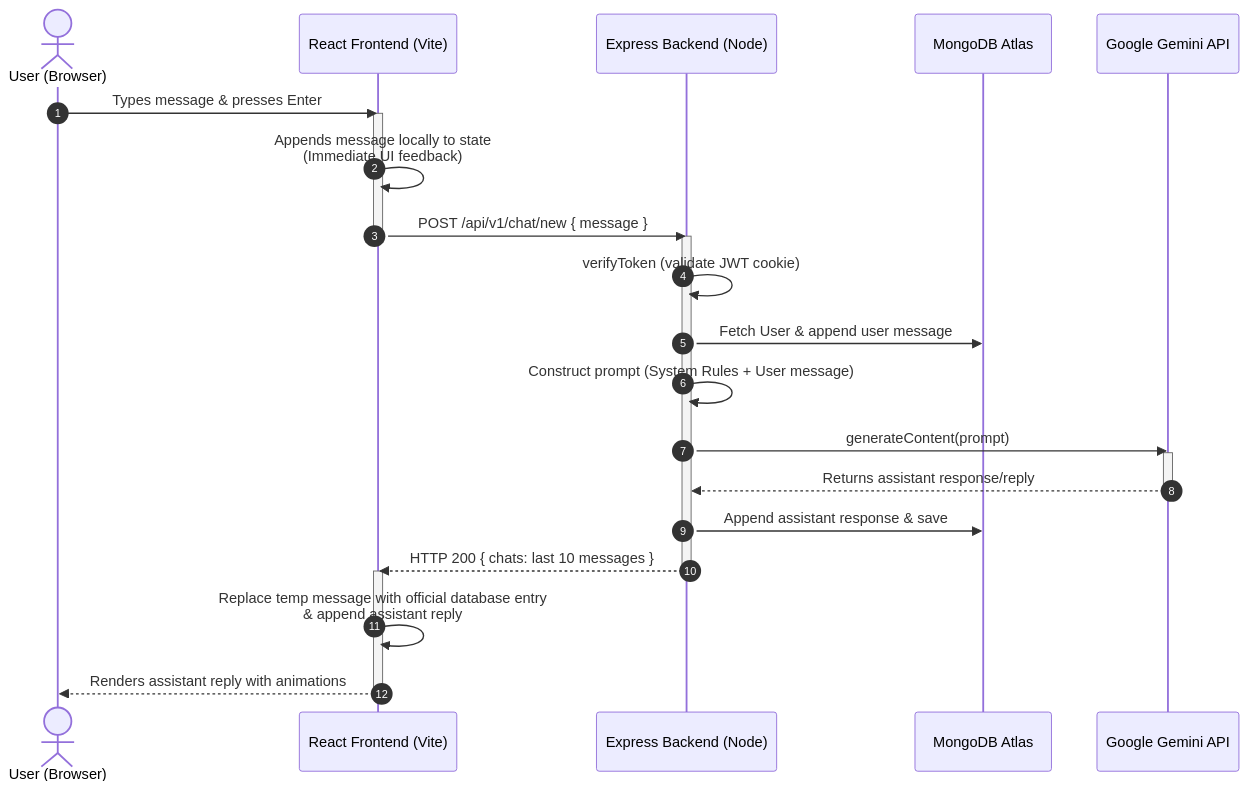
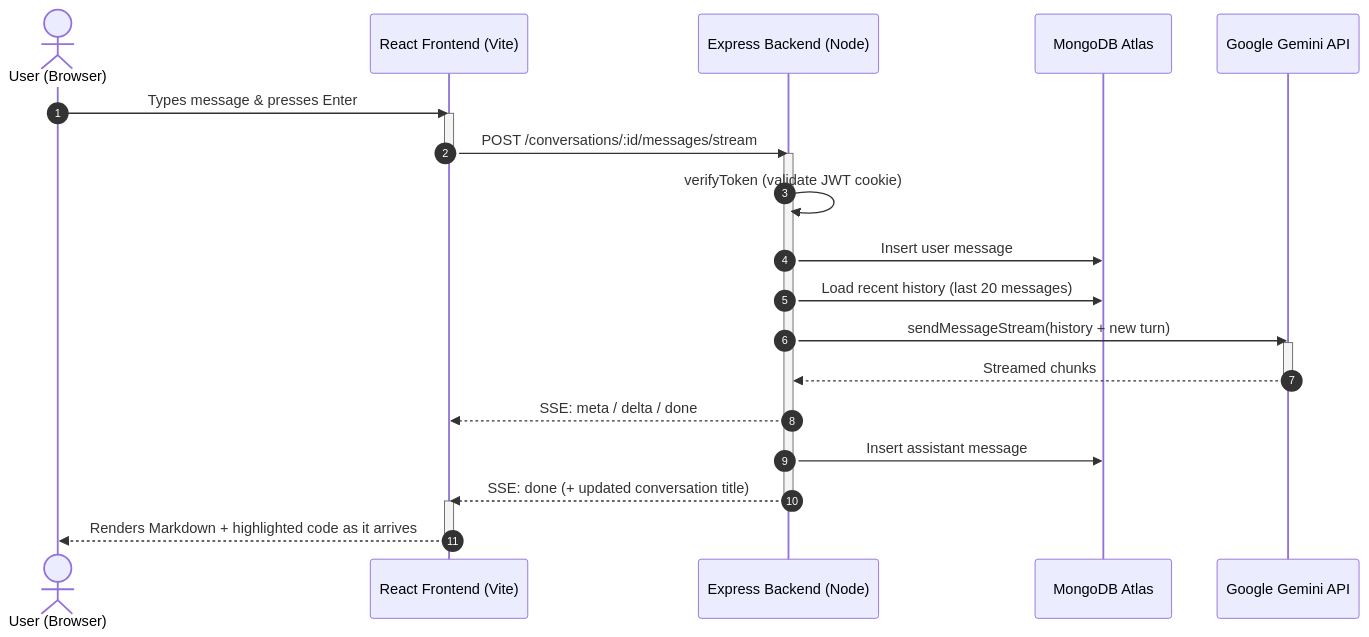
One commit to ayushkhandelwal18/ai_buddy_chatbot changed the diagram in Readme.md. Above: the diagram before and after it, drawn with Mermaid. The commit also changed other lines of this file and 76 other files, not shown here.

````diff
--- a/Readme.md
+++ b/Readme.md
@@ -142,30 +238,29 @@
 ```mermaid
 sequenceDiagram
     autonumber
     actor User as User (Browser)
     participant FE as React Frontend (Vite)
     participant BE as Express Backend (Node)
     participant DB as MongoDB Atlas
     participant Gemini as Google Gemini API
 
     User->>FE: Types message & presses Enter
     activate FE
-    FE->>FE: Appends message locally to state<br/>(Immediate UI feedback)
-    FE->>BE: POST /api/v1/chat/new { message }
+    FE->>BE: POST /conversations/:id/messages/stream
     deactivate FE
     activate BE
     BE->>BE: verifyToken (validate JWT cookie)
-    BE->>DB: Fetch User & append user message
-    BE->>BE: Construct prompt (System Rules + User message)
-    BE->>Gemini: generateContent(prompt)
+    BE->>DB: Insert user message
+    BE->>DB: Load recent history (last 20 messages)
+    BE->>Gemini: sendMessageStream(history + new turn)
     activate Gemini
-    Gemini-->>BE: Returns assistant response/reply
+    Gemini-->>BE: Streamed chunks
     deactivate Gemini
-    BE->>DB: Append assistant response & save
-    BE-->>FE: HTTP 200 { chats: last 10 messages }
+    BE-->>FE: SSE: meta / delta / done
+    BE->>DB: Insert assistant message
+    BE-->>FE: SSE: done (+ updated conversation title)
     deactivate BE
     activate FE
-    FE->>FE: Replace temp message with official database entry<br/>& append assistant reply
-    FE-->>User: Renders assistant reply with animations
+    FE-->>User: Renders Markdown + highlighted code as it arrives
     deactivate FE
 ```
````
